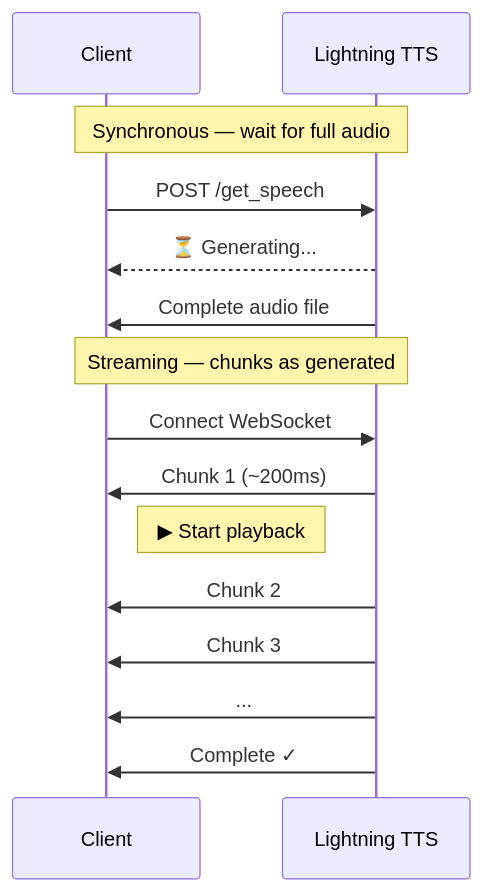
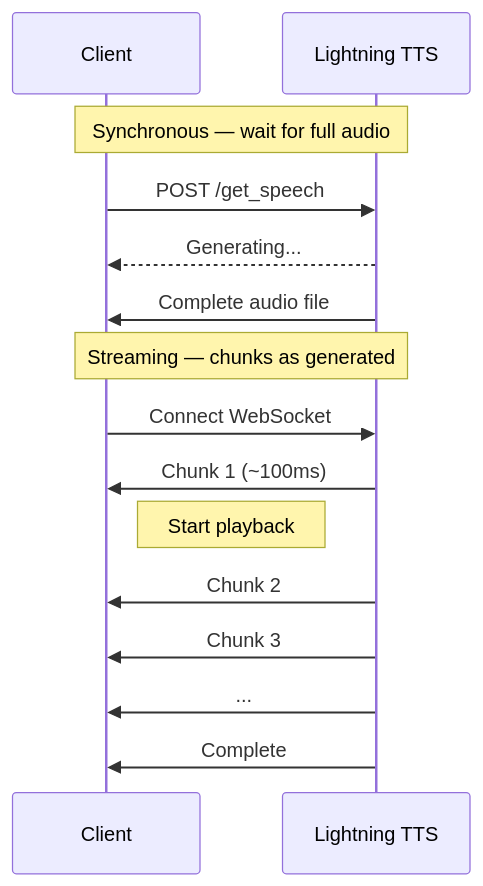
Before and after one commit to fern-demo/smallest-ai-fern-config: the diagram in fern/products/waves/pages/v4.0.0/text-to-speech/stream-tts.mdx, drawn with Mermaid. The commit also changed other lines of this file and 67 other files, not shown here.

````diff
--- a/fern/products/waves/pages/v4.0.0/text-to-speech/stream-tts.mdx
+++ b/fern/products/waves/pages/v4.0.0/text-to-speech/stream-tts.mdx
@@ -16,18 +17,18 @@
 ```mermaid
 sequenceDiagram
     participant Client
     participant API as Lightning TTS
     Note over Client,API: Synchronous — wait for full audio
     Client->>API: POST /get_speech
-    API-->>Client: ⏳ Generating...
+    API-->>Client: Generating...
     API->>Client: Complete audio file
 
     Note over Client,API: Streaming — chunks as generated
     Client->>API: Connect WebSocket
-    API->>Client: Chunk 1 (~200ms)
-    Note right of Client: ▶ Start playback
+    API->>Client: Chunk 1 (~100ms)
+    Note right of Client: Start playback
     API->>Client: Chunk 2
     API->>Client: Chunk 3
     API->>Client: ...
-    API->>Client: Complete ✓
+    API->>Client: Complete
 ```
````
